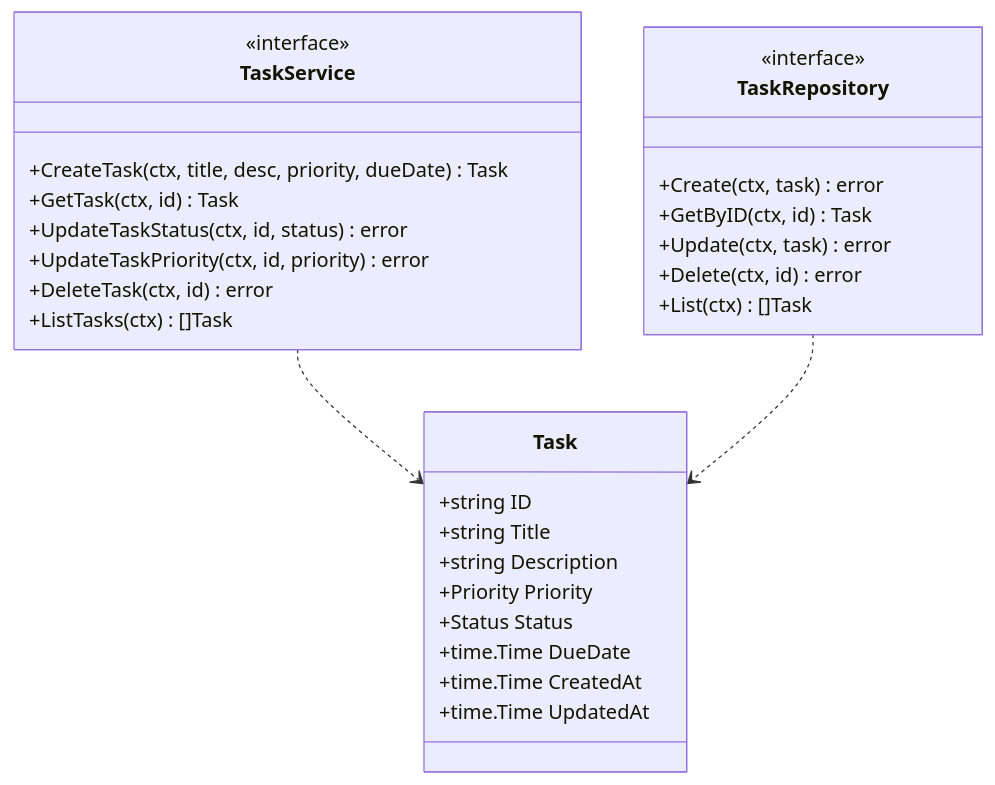
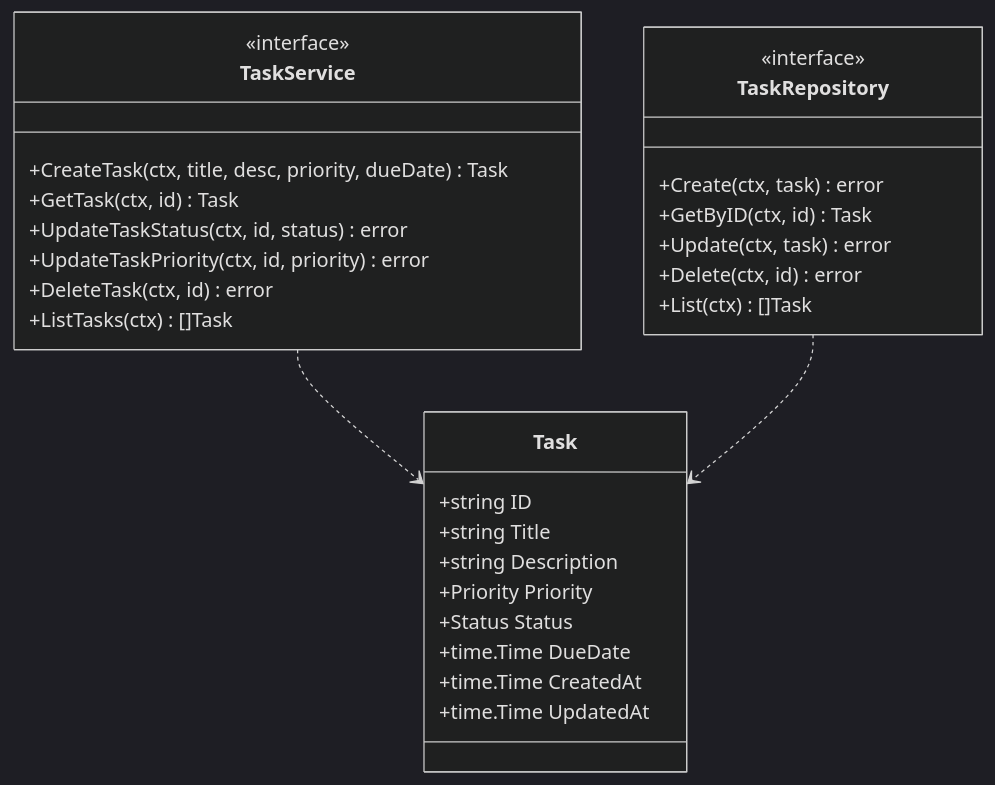
One commit to monemo12/go-task-manager changed the second of 3 diagrams in README.md. Above: the diagram before and after it, drawn with Mermaid. The commit also changed other lines of this file and 1 other file, not shown here.

First line of the commit message:
Enhance README.md with dark mode styling and remove obsolete architecture.puml file

````diff
--- a/README.md
+++ b/README.md
@@ -114,35 +115,36 @@
 ```mermaid
+%%{init: {'theme': 'dark', 'themeVariables': { 'darkMode': true }}}%%
 classDiagram
     class Task {
         +string ID
         +string Title
         +string Description
         +Priority Priority
         +Status Status
         +time.Time DueDate
         +time.Time CreatedAt
         +time.Time UpdatedAt
     }
     
     class TaskService {
         <<interface>>
         +CreateTask(ctx, title, desc, priority, dueDate) Task
         +GetTask(ctx, id) Task
         +UpdateTaskStatus(ctx, id, status) error
         +UpdateTaskPriority(ctx, id, priority) error
         +DeleteTask(ctx, id) error
         +ListTasks(ctx) []Task
     }
     
     class TaskRepository {
         <<interface>>
         +Create(ctx, task) error
         +GetByID(ctx, id) Task
         +Update(ctx, task) error
         +Delete(ctx, id) error
         +List(ctx) []Task
     }
 
     TaskService ..> Task
     TaskRepository ..> Task
 ```
````
